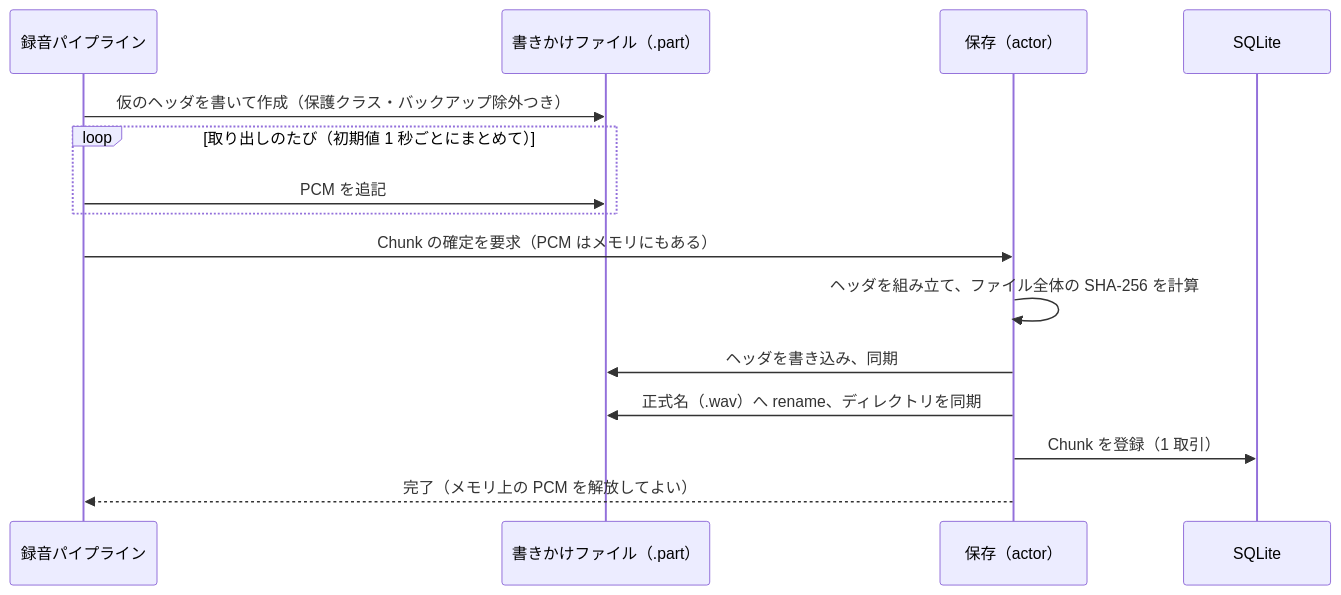
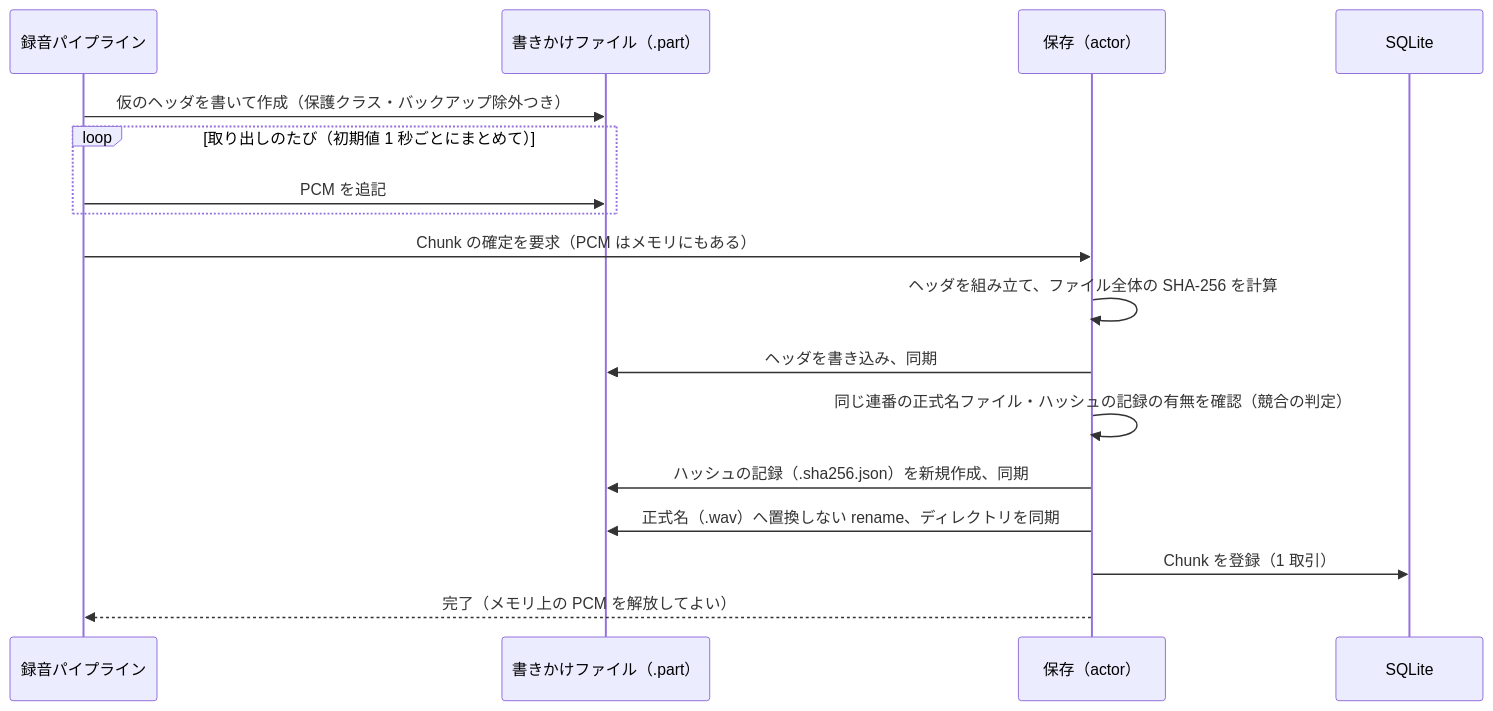
The first of 3 diagrams in docs/02-basic-design/storage.md (myoshi2891/Minutes-Mobile), drawn with Mermaid before and after one commit. The commit also changed other lines of this file and 3 other files, not shown here.

````diff
--- a/docs/02-basic-design/storage.md
+++ b/docs/02-basic-design/storage.md
@@ -113,17 +116,19 @@
 ```mermaid
 sequenceDiagram
     participant P as 録音パイプライン
     participant F as 書きかけファイル（.part）
     participant S as 保存（actor）
     participant D as SQLite
     P->>F: 仮のヘッダを書いて作成（保護クラス・バックアップ除外つき）
     loop 取り出しのたび（初期値 1 秒ごとにまとめて）
         P->>F: PCM を追記
     end
     P->>S: Chunk の確定を要求（PCM はメモリにもある）
     S->>S: ヘッダを組み立て、ファイル全体の SHA-256 を計算
     S->>F: ヘッダを書き込み、同期
-    S->>F: 正式名（.wav）へ rename、ディレクトリを同期
+    S->>S: 同じ連番の正式名ファイル・ハッシュの記録の有無を確認（競合の判定）
+    S->>F: ハッシュの記録（.sha256.json）を新規作成、同期
+    S->>F: 正式名（.wav）へ置換しない rename、ディレクトリを同期
     S->>D: Chunk を登録（1 取引）
     S-->>P: 完了（メモリ上の PCM を解放してよい）
 ```
````
